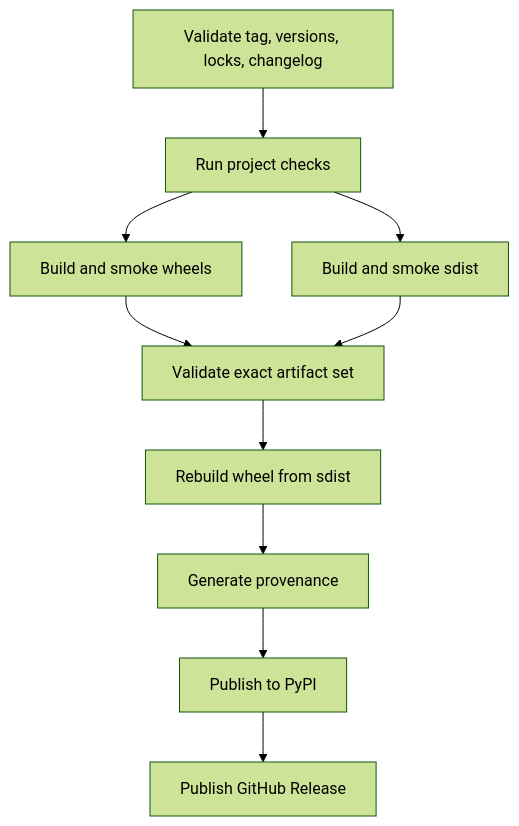
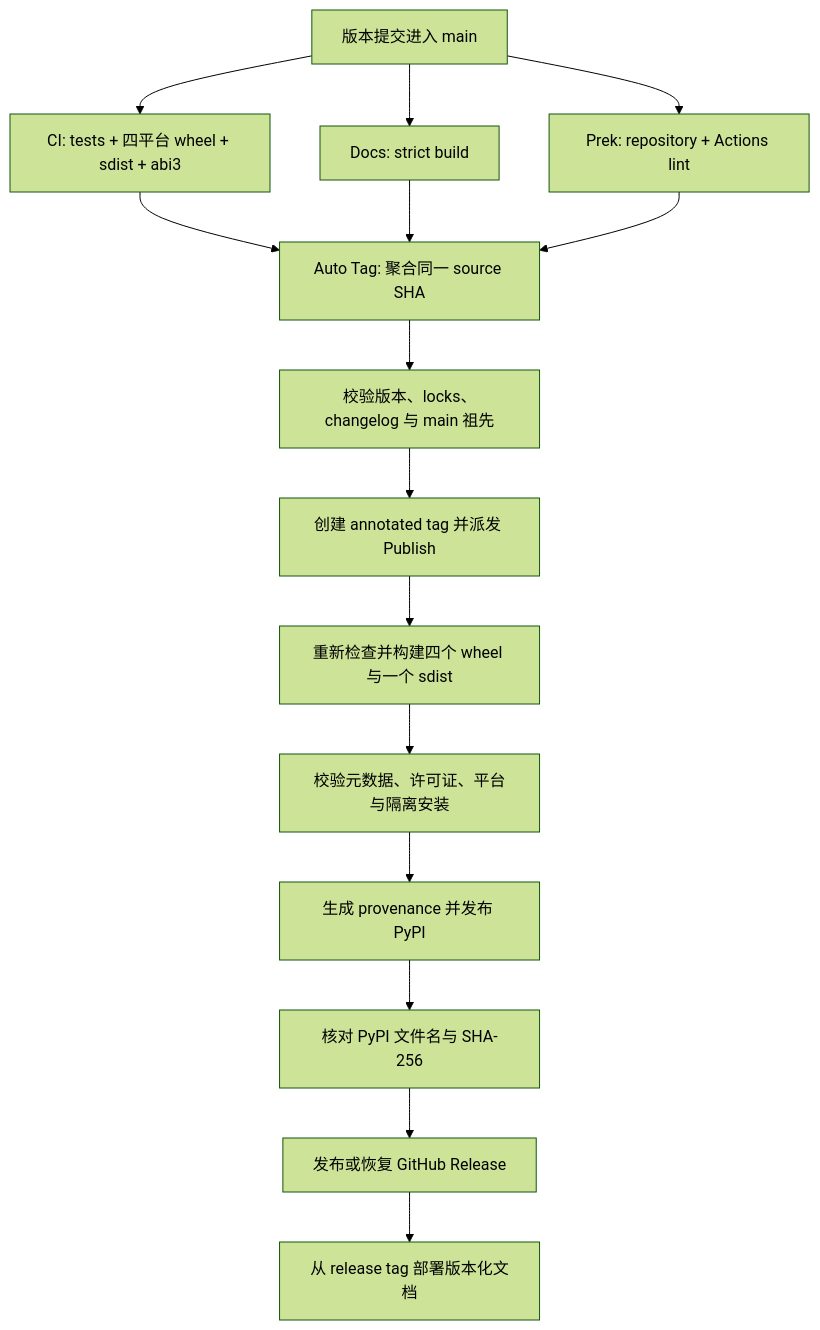
One commit to BalconyJH/takumi-py changed the diagram in docs/maintainers/releasing.md. Above: the diagram before and after it, drawn with Mermaid (forest theme). The commit also changed other lines of this file and 4 other files, not shown here.

````diff
--- a/docs/maintainers/releasing.md
+++ b/docs/maintainers/releasing.md
@@ -38,12 +34,17 @@
 ```mermaid
 flowchart TD
-    V["Validate tag, versions, locks, changelog"] --> Q["Run project checks"]
-    Q --> W["Build and smoke wheels"]
-    Q --> S["Build and smoke sdist"]
-    W --> A["Validate exact artifact set"]
-    S --> A
-    A --> R["Rebuild wheel from sdist"]
-    R --> P["Generate provenance"]
-    P --> Y["Publish to PyPI"]
-    Y --> G["Publish GitHub Release"]
+    M["版本提交进入 main"] --> C["CI: tests + 四平台 wheel + sdist + abi3"]
+    M --> D["Docs: strict build"]
+    M --> K["Prek: repository + Actions lint"]
+    C --> T["Auto Tag: 聚合同一 source SHA"]
+    D --> T
+    K --> T
+    T --> V["校验版本、locks、changelog 与 main 祖先"]
+    V --> G["创建 annotated tag 并派发 Publish"]
+    G --> B["重新检查并构建四个 wheel 与一个 sdist"]
+    B --> A["校验元数据、许可证、平台与隔离安装"]
+    A --> P["生成 provenance 并发布 PyPI"]
+    P --> H["核对 PyPI 文件名与 SHA-256"]
+    H --> R["发布或恢复 GitHub Release"]
+    R --> X["从 release tag 部署版本化文档"]
 ```
````
